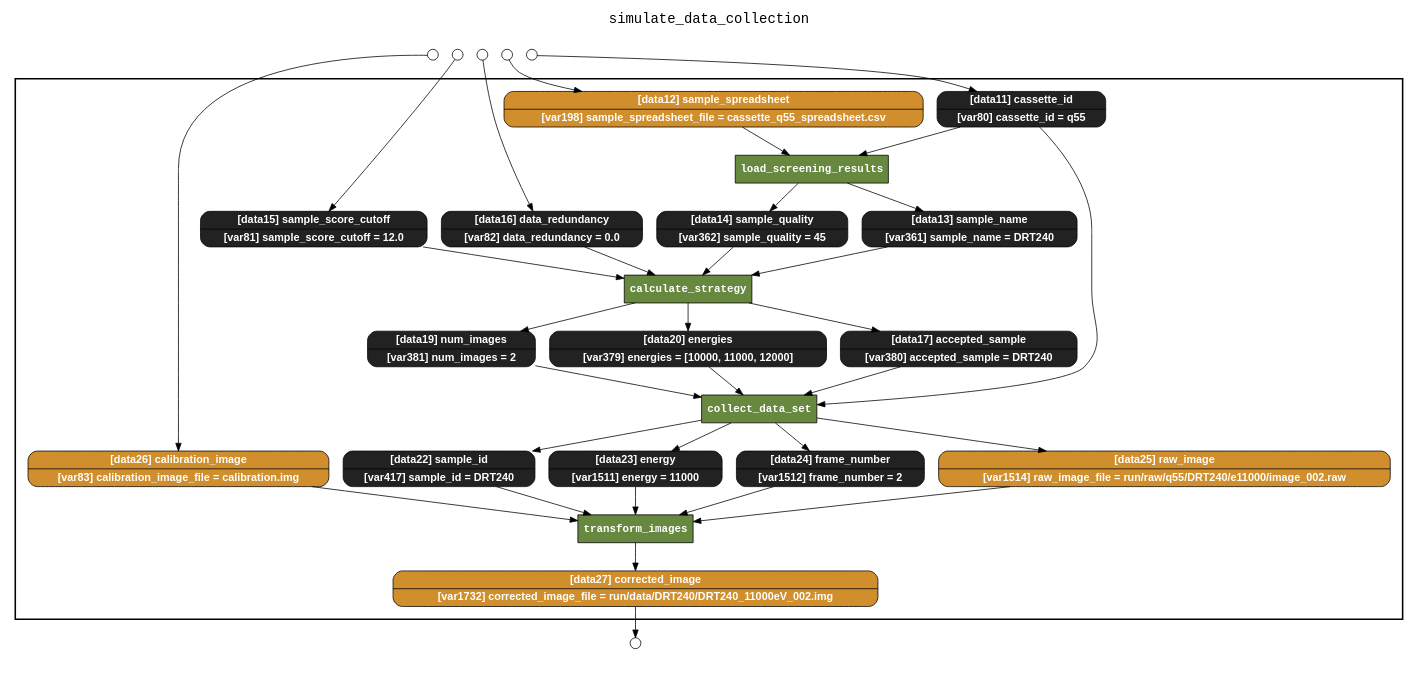
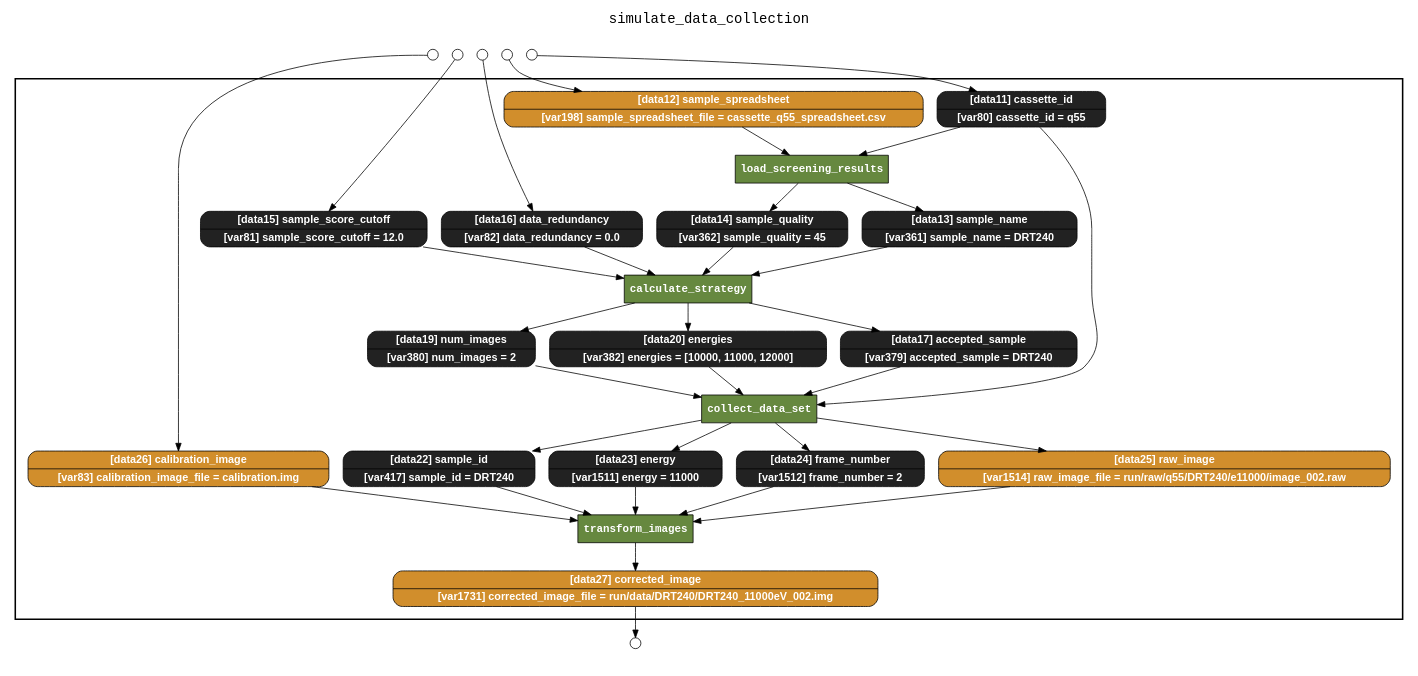
One commit to yesworkflow-org/yw-noworkflow changed the diagram in examples/simulate_data_collection/yw_nw_retrospective_lineage.gv. Above: the diagram before and after it, drawn with Graphviz. The commit also changed 27 other files, not shown here.

```diff
--- a/examples/simulate_data_collection/yw_nw_retrospective_lineage.gv
+++ b/examples/simulate_data_collection/yw_nw_retrospective_lineage.gv
@@ -1,77 +1,77 @@
 
 digraph yw_data_view {
 rankdir=TB
 fontname=Courier; fontsize=18; labelloc=t
 label="simulate_data_collection"
 subgraph cluster_workflow { label=""; color=black; penwidth=2
 subgraph cluster_workflow_inner { label=""; color=white
 node[shape=box style=filled fillcolor="#66883F" peripheries=1 fontname="Courier-Bold" fontcolor=white]
 collect_data_set
 calculate_strategy
 load_screening_results
 transform_images
 node[shape=box style="filled" fillcolor="#CCFFCC" peripheries=1 fontname=Courier]
 node[shape=box style="rounded,filled" fillcolor="#D18E2C" peripheries=1 fontname="Helvetica-Bold"]
 sample_spreadsheet [shape=record rankdir=LR label="{<f0> [data12] sample_spreadsheet |<f1> [var198] sample_spreadsheet_file = cassette_q55_spreadsheet.csv}"]
 raw_image [shape=record rankdir=LR label="{<f0> [data25] raw_image |<f1> [var1514] raw_image_file = run/raw/q55/DRT240/e11000/image_002.raw}"]
 calibration_image [shape=record rankdir=LR label="{<f0> [data26] calibration_image |<f1> [var83] calibration_image_file = calibration.img}"]
-corrected_image [shape=record rankdir=LR label="{<f0> [data27] corrected_image |<f1> [var1732] corrected_image_file = run/data/DRT240/DRT240_11000eV_002.img}"]
+corrected_image [shape=record rankdir=LR label="{<f0> [data27] corrected_image |<f1> [var1731] corrected_image_file = run/data/DRT240/DRT240_11000eV_002.img}"]
 node[shape=box style="rounded,filled" fillcolor="#222222" peripheries=1 fontname="Helvetica-Bold"]
 cassette_id [shape=record rankdir=LR label="{<f0> [data11] cassette_id |<f1> [var80] cassette_id = q55}"]
 sample_name [shape=record rankdir=LR label="{<f0> [data13] sample_name |<f1> [var361] sample_name = DRT240}"]
 sample_quality [shape=record rankdir=LR label="{<f0> [data14] sample_quality |<f1> [var362] sample_quality = 45}"]
 sample_score_cutoff [shape=record rankdir=LR label="{<f0> [data15] sample_score_cutoff |<f1> [var81] sample_score_cutoff = 12.0}"]
 data_redundancy [shape=record rankdir=LR label="{<f0> [data16] data_redundancy |<f1> [var82] data_redundancy = 0.0}"]
-accepted_sample [shape=record rankdir=LR label="{<f0> [data17] accepted_sample |<f1> [var380] accepted_sample = DRT240}"]
-num_images [shape=record rankdir=LR label="{<f0> [data19] num_images |<f1> [var381] num_images = 2}"]
-energies [shape=record rankdir=LR label="{<f0> [data20] energies |<f1> [var379] energies = [10000, 11000, 12000]}"]
+accepted_sample [shape=record rankdir=LR label="{<f0> [data17] accepted_sample |<f1> [var379] accepted_sample = DRT240}"]
+num_images [shape=record rankdir=LR label="{<f0> [data19] num_images |<f1> [var380] num_images = 2}"]
+energies [shape=record rankdir=LR label="{<f0> [data20] energies |<f1> [var382] energies = [10000, 11000, 12000]}"]
 sample_id [shape=record rankdir=LR label="{<f0> [data22] sample_id |<f1> [var417] sample_id = DRT240}"]
 energy [shape=record rankdir=LR label="{<f0> [data23] energy |<f1> [var1511] energy = 11000}"]
 frame_number [shape=record rankdir=LR label="{<f0> [data24] frame_number |<f1> [var1512] frame_number = 2}"]
 }}
 subgraph cluster_inflows { label=""; color=white; penwidth=2
 subgraph cluster_inflows_inner { label=""; color=white
 node[shape=circle fillcolor="#FFFFFF" peripheries=1 width=0.2]
 sample_spreadsheet_inflow [label=""]
 calibration_image_inflow [label=""]
 sample_score_cutoff_inflow [label=""]
 data_redundancy_inflow [label=""]
 cassette_id_inflow [label=""]
 }}
 subgraph cluster_outflows { label=""; color=white; penwidth=2
 subgraph cluster_outflows_inner { label=""; color=white
 node[shape=circle fillcolor="#FFFFFF" peripheries=1 width=0.2]
 corrected_image_outflow [label=""]
 }}
+sample_spreadsheet -> load_screening_results
+energy -> transform_images
+sample_id -> transform_images
+raw_image -> transform_images
+num_images -> collect_data_set
+sample_name -> calculate_strategy
+data_redundancy -> calculate_strategy
+calibration_image -> transform_images
+sample_score_cutoff -> calculate_strategy
+energies -> collect_data_set
+sample_quality -> calculate_strategy
+accepted_sample -> collect_data_set
 cassette_id -> collect_data_set
 cassette_id -> load_screening_results
 frame_number -> transform_images
-energies -> collect_data_set
-accepted_sample -> collect_data_set
-raw_image -> transform_images
-sample_quality -> calculate_strategy
-data_redundancy -> calculate_strategy
-sample_id -> transform_images
-calibration_image -> transform_images
-sample_score_cutoff -> calculate_strategy
-energy -> transform_images
-num_images -> collect_data_set
-sample_name -> calculate_strategy
-sample_spreadsheet -> load_screening_results
 load_screening_results -> sample_name
 load_screening_results -> sample_quality
 calculate_strategy -> accepted_sample
 calculate_strategy -> num_images
 calculate_strategy -> energies
 collect_data_set -> sample_id
 collect_data_set -> energy
 collect_data_set -> frame_number
 collect_data_set -> raw_image
 transform_images -> corrected_image
 sample_spreadsheet_inflow -> sample_spreadsheet
 calibration_image_inflow -> calibration_image
 sample_score_cutoff_inflow -> sample_score_cutoff
 data_redundancy_inflow -> data_redundancy
 cassette_id_inflow -> cassette_id
 corrected_image -> corrected_image_outflow
 }
```
